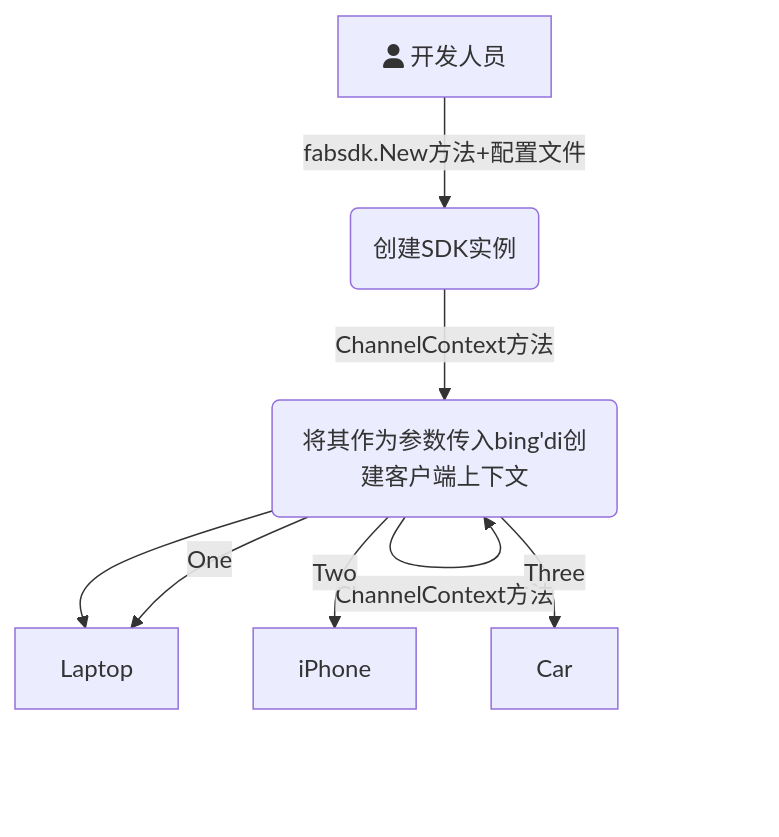
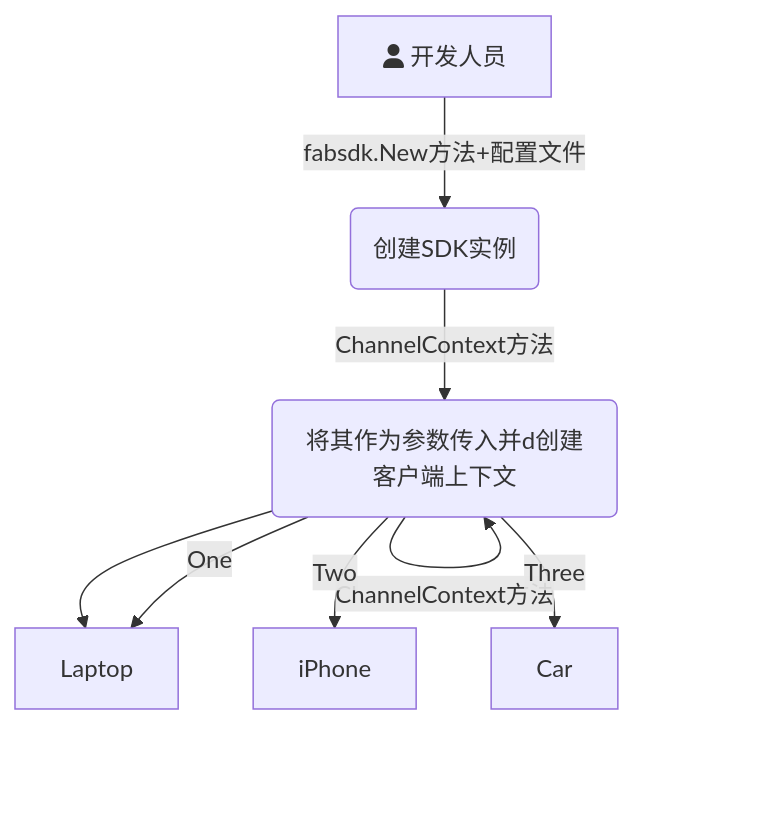
One commit to Utekichan/iodraw-files changed the diagram in all/未命名.md. Above: the diagram before and after it, drawn with Mermaid.

Commit message:
2024-03-30 22:14:20 update

````diff
--- a/all/未命名.md
+++ b/all/未命名.md
@@ -1,11 +1,11 @@
 ```mermaid
 graph TD
     A[fa:fa-user 开发人员] -->|fabsdk.New方法+配置文件| B(创建SDK实例)
     B-->|ChannelContext方法| C(创建客户端上下文)
-    C-->|ChannelContext方法| C(将其作为参数传入bing'di创建客户端上下文)
+    C-->|ChannelContext方法| C(将其作为参数传入并d创建客户端上下文)
     C --> D{Select}
     C -->|One| D[Laptop]
     C -->|Two| E[iPhone]
     C -->|Three| F[Car]
   
 ```
````
